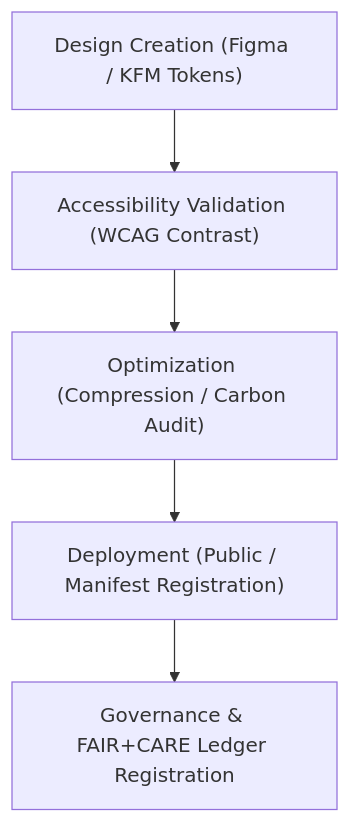
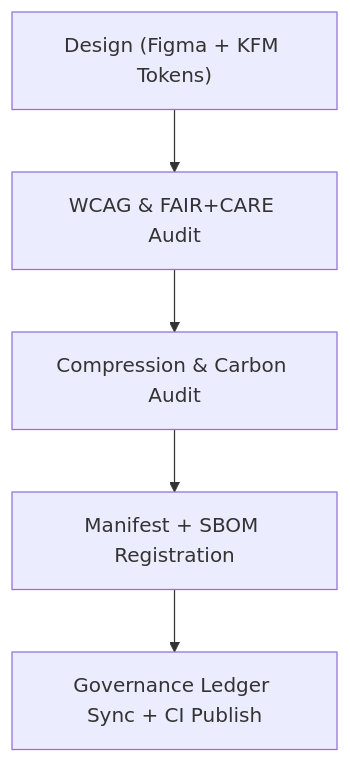
Before and after one commit to bartytime4life/Kansas-Frontier-Matrix: the diagram in web/public/icons/app/README.md, drawn with Mermaid. The commit also changed other lines of this file, not shown here.

````diff
--- a/web/public/icons/app/README.md
+++ b/web/public/icons/app/README.md
@@ -65,7 +56,7 @@
 ```mermaid
 flowchart TD
-    A["Design Creation (Figma / KFM Tokens)"] --> B["Accessibility Validation (WCAG Contrast)"]
-    B --> C["Optimization (Compression / Carbon Audit)"]
-    C --> D["Deployment (Public / Manifest Registration)"]
-    D --> E["Governance & FAIR+CARE Ledger Registration"]
+A["Design (Figma + KFM Tokens)"] --> B["WCAG & FAIR+CARE Audit"]
+B --> C["Compression & Carbon Audit"]
+C --> D["Manifest + SBOM Registration"]
+D --> E["Governance Ledger Sync + CI Publish"]
 ```
````
